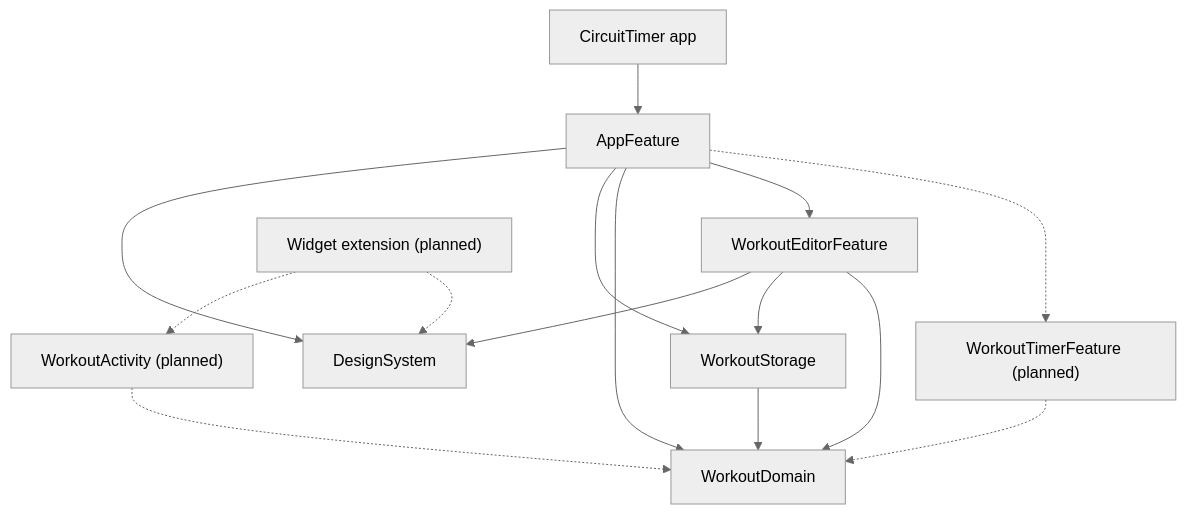
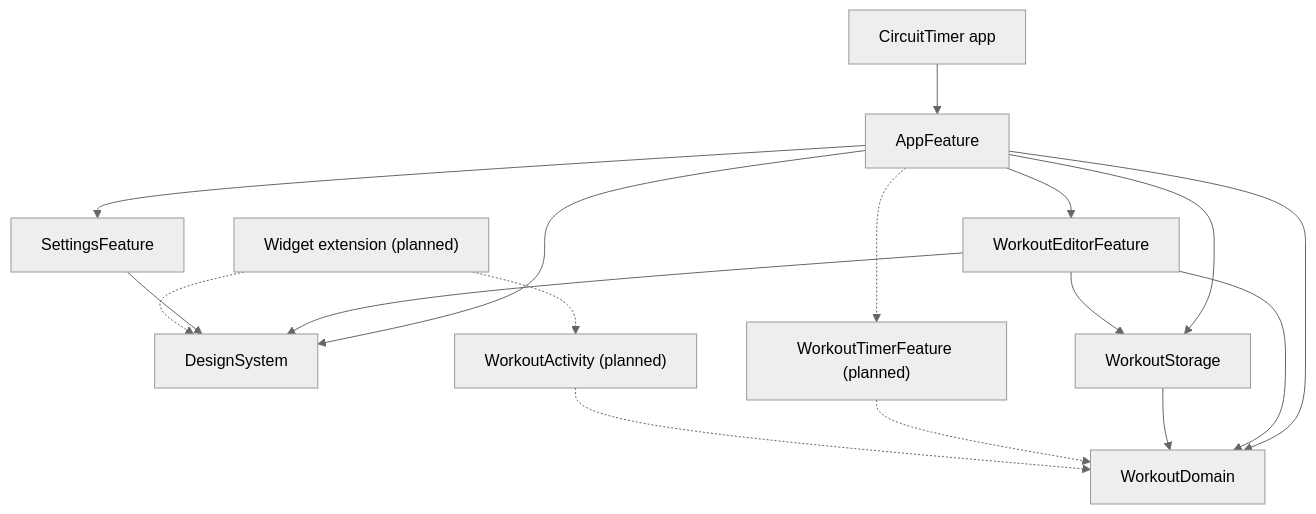
Before and after one commit to akrementsov/CircuitTimer: the diagram in README.md, drawn with Mermaid (neutral theme). The commit also changed other lines of this file and 22 other files, not shown here.

````diff
--- a/README.md
+++ b/README.md
@@ -22,17 +22,19 @@
 ```mermaid
 graph TD
     App["CircuitTimer app"] --> AppFeature
     AppFeature --> DesignSystem
     AppFeature --> WorkoutStorage
     AppFeature --> WorkoutDomain
     AppFeature --> WorkoutEditorFeature
+    AppFeature --> SettingsFeature
     WorkoutEditorFeature --> DesignSystem
     WorkoutEditorFeature --> WorkoutStorage
     WorkoutEditorFeature --> WorkoutDomain
+    SettingsFeature --> DesignSystem
     WorkoutStorage --> WorkoutDomain
     AppFeature -.-> WorkoutTimerFeature["WorkoutTimerFeature (planned)"]
     WorkoutTimerFeature -.-> WorkoutDomain
     Widget["Widget extension (planned)"] -.-> WorkoutActivity["WorkoutActivity (planned)"]
     Widget -.-> DesignSystem
     WorkoutActivity -.-> WorkoutDomain
 ```
````
